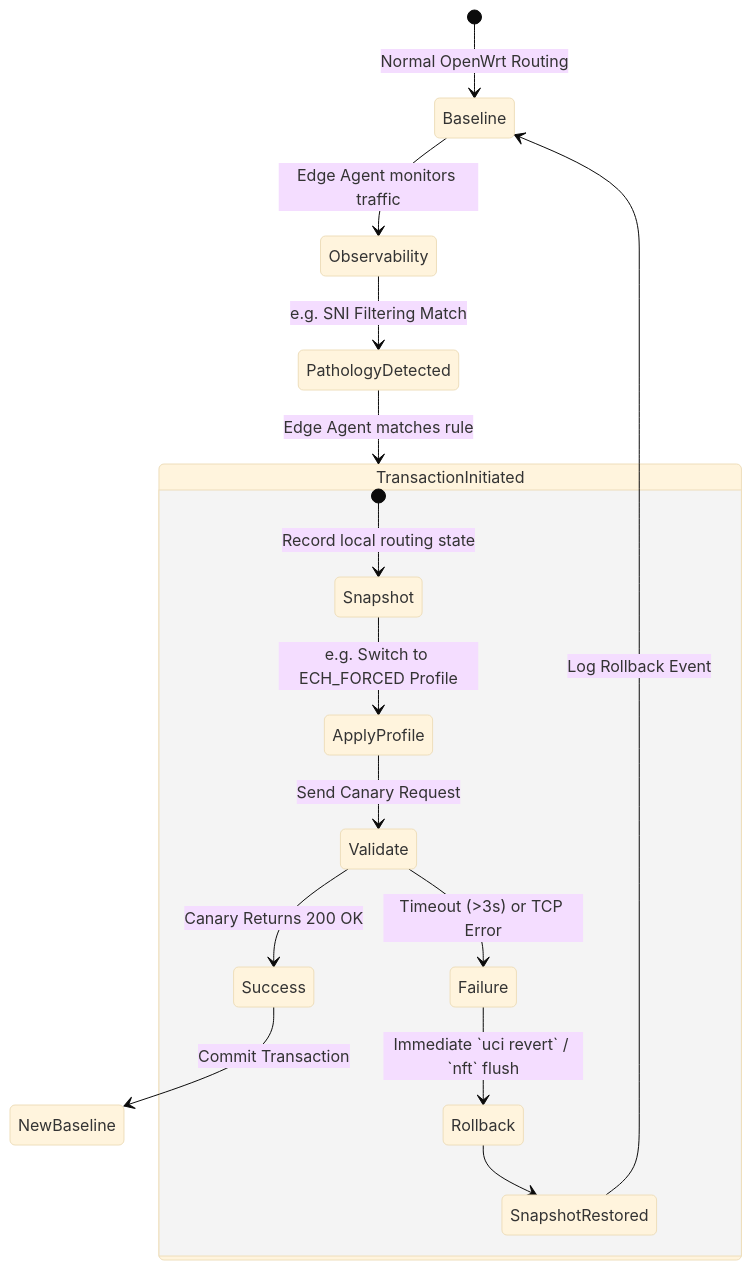
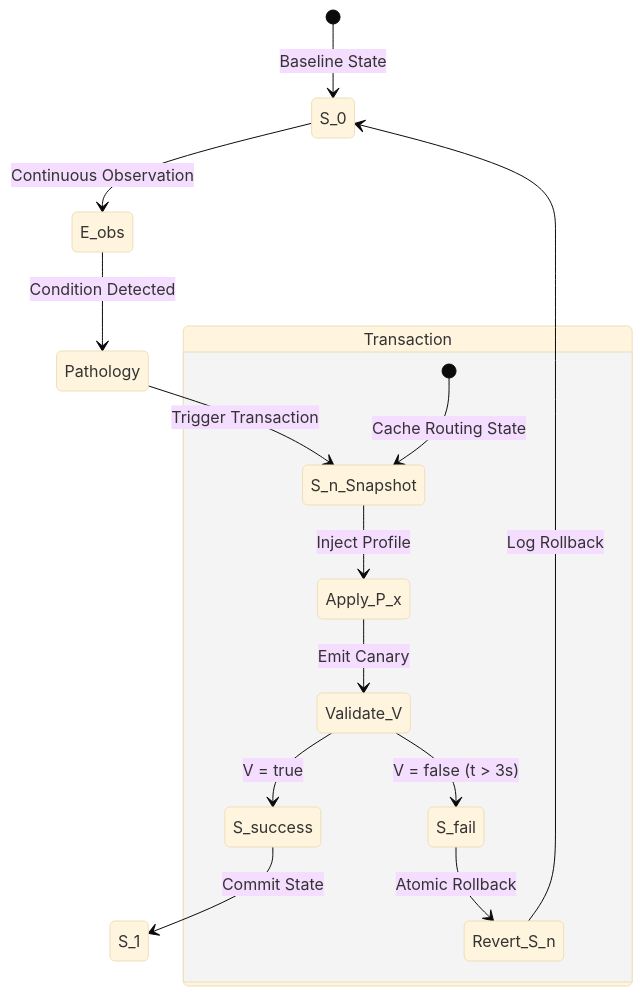
Before and after one commit to serg-alexv/Blueshoes: the diagram in docs/architecture.md, drawn with Mermaid (base theme). The commit also changed other lines of this file and 15 other files, not shown here.

````diff
--- a/docs/architecture.md
+++ b/docs/architecture.md
@@ -27,24 +24,19 @@
 ```mermaid
 stateDiagram-v2
-    [*] --> Baseline: Normal OpenWrt Routing
+    [*] --> S_0: Baseline State
+    S_0 --> E_obs: Continuous Observation
+    E_obs --> Pathology: Condition Detected
+    Pathology --> S_n_Snapshot: Trigger Transaction
     
-    Baseline --> Observability: Edge Agent monitors traffic
-    Observability --> PathologyDetected: e.g. SNI Filtering Match
-    
-    PathologyDetected --> TransactionInitiated: Edge Agent matches rule
-    
-    state TransactionInitiated {
-        [*] --> Snapshot: Record local routing state
-        Snapshot --> ApplyProfile: e.g. Switch to ECH_FORCED Profile
-        ApplyProfile --> Validate: Send Canary Request
-        
-        Validate --> Success: Canary Returns 200 OK
-        Validate --> Failure: Timeout (>3s) or TCP Error
-        
-        Failure --> Rollback: Immediate `uci revert` / `nft` flush
-        Rollback --> SnapshotRestored
+    state Transaction {
+        [*] --> S_n_Snapshot: Cache Routing State
+        S_n_Snapshot --> Apply_P_x: Inject Profile
+        Apply_P_x --> Validate_V: Emit Canary
+        Validate_V --> S_success: V = true
+        Validate_V --> S_fail: V = false (t > 3s)
+        S_fail --> Revert_S_n: Atomic Rollback
     }
     
-    Success --> NewBaseline: Commit Transaction
-    SnapshotRestored --> Baseline: Log Rollback Event
+    S_success --> S_1: Commit State
+    Revert_S_n --> S_0: Log Rollback
 ```
````
